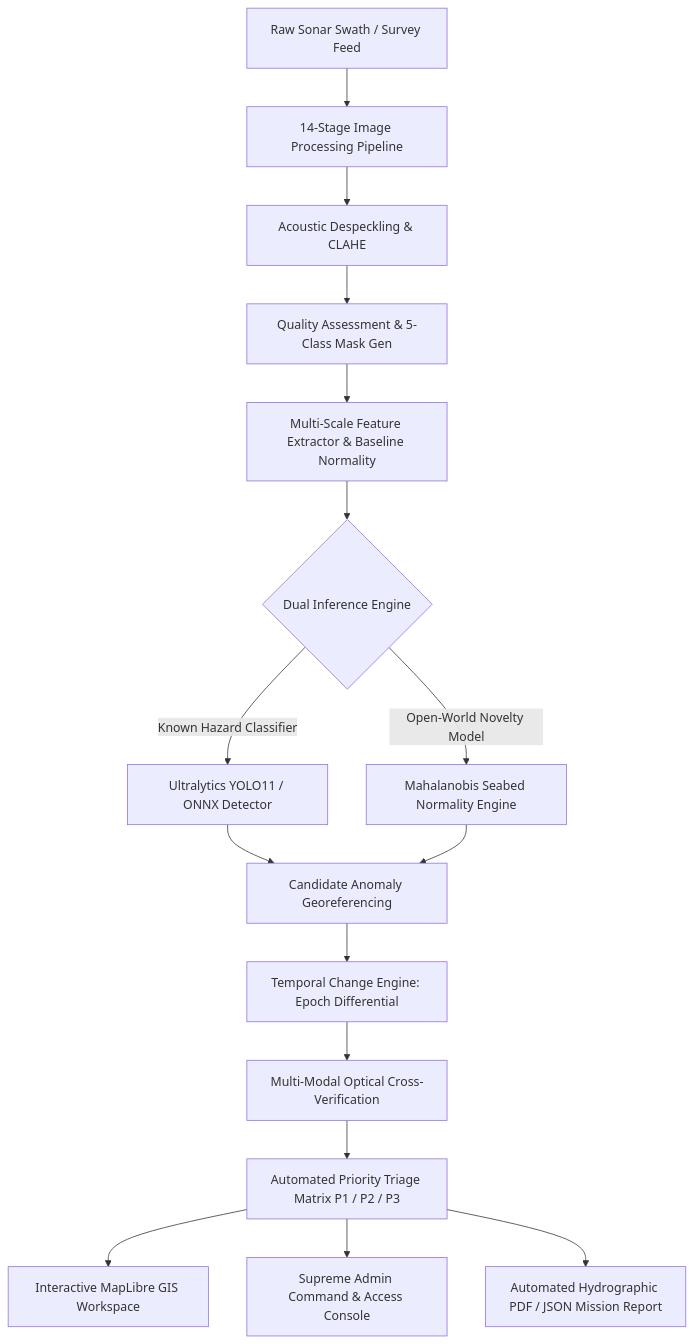
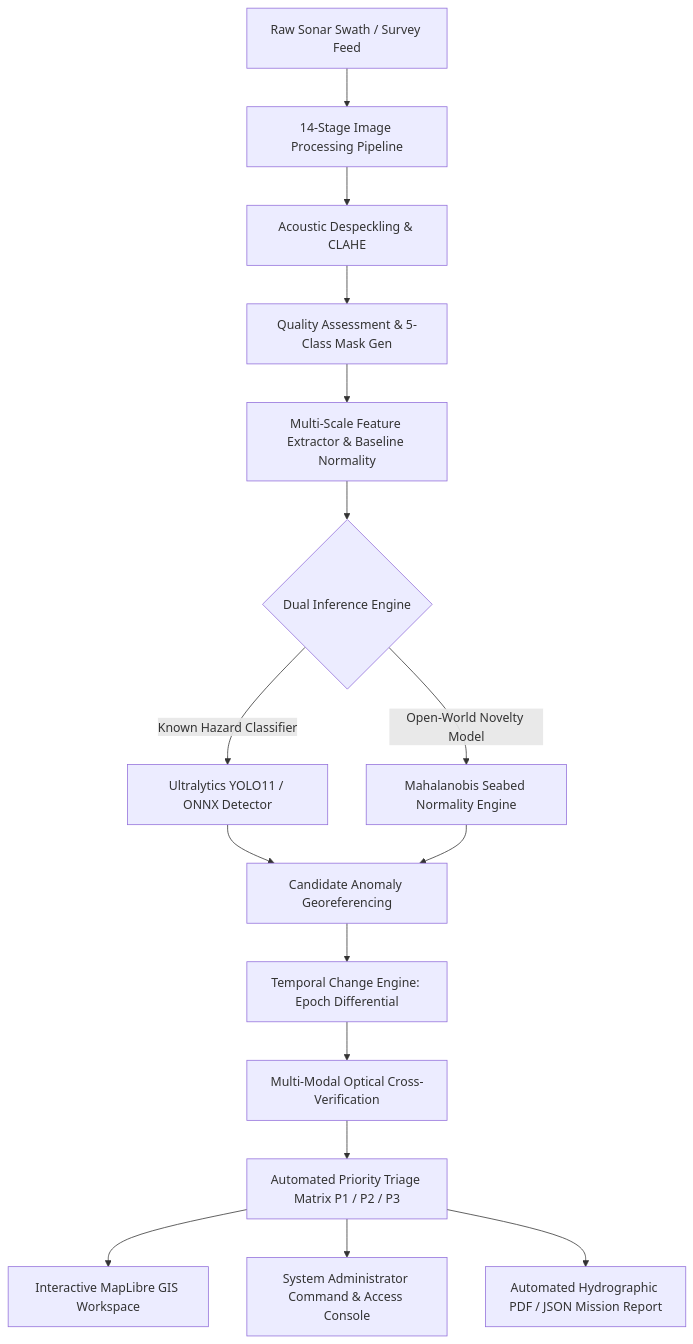
The diagram in README.md (BPPIMTSIH26/SIH26057), drawn with Mermaid before and after one commit. The commit also changed other lines of this file, not shown here.

````diff
--- a/README.md
+++ b/README.md
@@ -43,22 +43,22 @@
 ```mermaid
 flowchart TD
     A[Raw Sonar Swath / Survey Feed] --> B[14-Stage Image Processing Pipeline]
     B --> C[Acoustic Despeckling & CLAHE]
     C --> D[Quality Assessment & 5-Class Mask Gen]
     D --> E[Multi-Scale Feature Extractor & Baseline Normality]
     
     E --> F{Dual Inference Engine}
     F -->|Known Hazard Classifier| G[Ultralytics YOLO11 / ONNX Detector]
     F -->|Open-World Novelty Model| H[Mahalanobis Seabed Normality Engine]
     
     G --> I[Candidate Anomaly Georeferencing]
     H --> I
     
     I --> J[Temporal Change Engine: Epoch Differential]
     J --> K[Multi-Modal Optical Cross-Verification]
     K --> L[Automated Priority Triage Matrix P1 / P2 / P3]
     
     L --> M[Interactive MapLibre GIS Workspace]
-    L --> N[Supreme Admin Command & Access Console]
+    L --> N[System Administrator Command & Access Console]
     L --> O[Automated Hydrographic PDF / JSON Mission Report]
 ```
````
